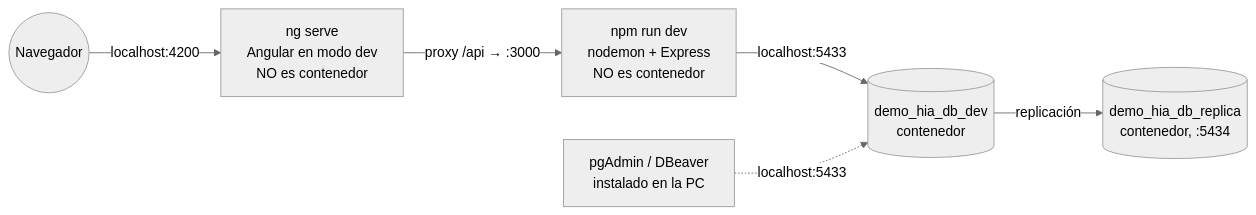
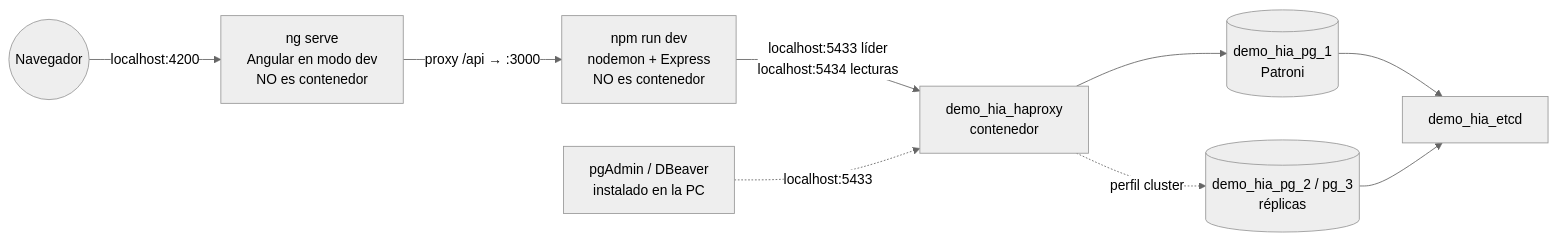
The second of 3 diagrams in CONTENEDORES.md (valentiniriar/proyecto_demo_hia), drawn with Mermaid (neutral theme) before and after one commit. The commit also changed other lines of this file and 33 other files, not shown here.

````diff
--- a/CONTENEDORES.md
+++ b/CONTENEDORES.md
@@ -385,8 +378,10 @@
 ```mermaid
 flowchart LR
   NAV((Navegador)) -->|localhost:4200| NG[ng serve<br/>Angular en modo dev<br/>NO es contenedor]
   NG -->|proxy /api → :3000| ND[npm run dev<br/>nodemon + Express<br/>NO es contenedor]
-  ND -->|localhost:5433| DBD[(demo_hia_db_dev<br/>contenedor)]
-  DBD -->|replicación| RD[(demo_hia_db_replica<br/>contenedor, :5434)]
-  PGA[pgAdmin / DBeaver<br/>instalado en la PC] -.->|localhost:5433| DBD
+  ND -->|"localhost:5433 líder<br/>localhost:5434 lecturas"| HA[demo_hia_haproxy<br/>contenedor]
+  HA --> P1[(demo_hia_pg_1<br/>Patroni)]
+  HA -.->|perfil cluster| P23[(demo_hia_pg_2 / pg_3<br/>réplicas)]
+  P1 & P23 --> ET[demo_hia_etcd]
+  PGA[pgAdmin / DBeaver<br/>instalado en la PC] -.->|localhost:5433| HA
 ```
````
